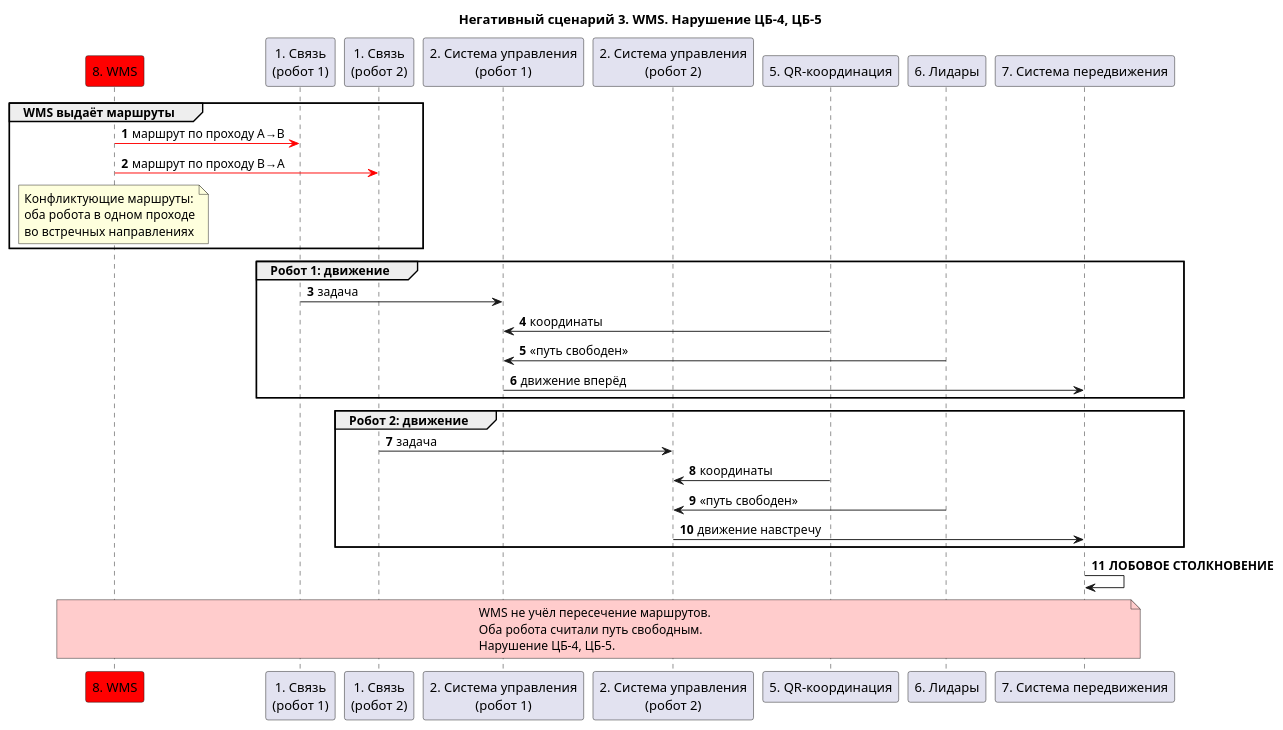
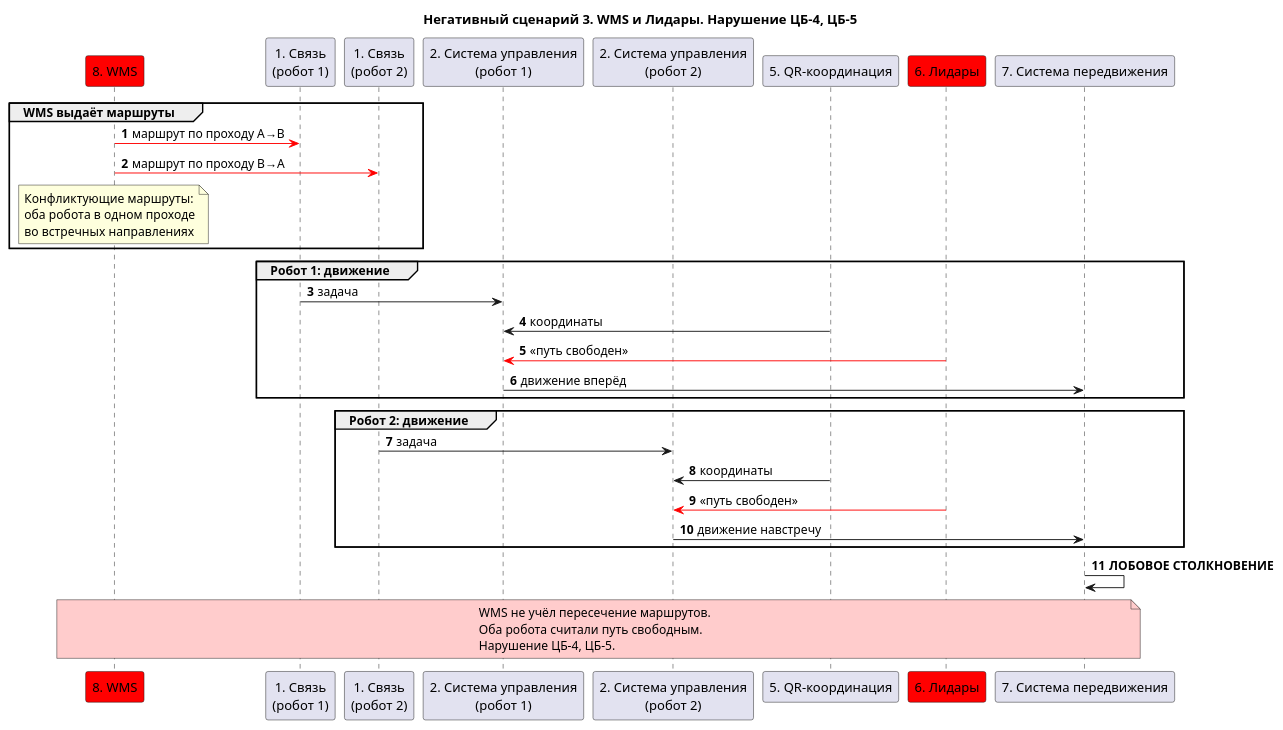
One commit to BoykovArtur/ProgrammingMethods changed the diagram in CourseWork/Description/ns/ns-03.puml. Above: the diagram before and after it, drawn with PlantUML.

```diff
--- a/CourseWork/Description/ns/ns-03.puml
+++ b/CourseWork/Description/ns/ns-03.puml
@@ -1,46 +1,45 @@
 @startuml
-title "Негативный сценарий 3. WMS. Нарушение ЦБ-4, ЦБ-5"
+title "Негативный сценарий 3. WMS и Лидары. Нарушение ЦБ-4, ЦБ-5"
 
 autonumber
 participant "8. WMS" as wms #red
 participant "1. Связь\n(робот 1)" as conn1
 participant "1. Связь\n(робот 2)" as conn2
 participant "2. Система управления\n(робот 1)" as ctrl1
 participant "2. Система управления\n(робот 2)" as ctrl2
 participant "5. QR-координация" as qr
-participant "6. Лидары" as lidar
+participant "6. Лидары" as lidar #red
 participant "7. Система передвижения" as move
 
 group WMS выдаёт маршруты
 wms -[#red]> conn1: маршрут по проходу A→B
 wms -[#red]> conn2: маршрут по проходу B→A
 note over wms
   Конфликтующие маршруты:
   оба робота в одном проходе
   во встречных направлениях
 end note
 end
 
 group Робот 1: движение
 conn1 -> ctrl1: задача
 ctrl1 <- qr: координаты
-ctrl1 <- lidar: «путь свободен»
+ctrl1 <[#red]- lidar: «путь свободен»
 ctrl1 -> move: движение вперёд
 end
 
 group Робот 2: движение
 conn2 -> ctrl2: задача
 ctrl2 <- qr: координаты
-ctrl2 <- lidar: «путь свободен»
+ctrl2 <[#red]- lidar: «путь свободен»
 ctrl2 -> move: движение навстречу
 end
 
 move -> move: **ЛОБОВОЕ СТОЛКНОВЕНИЕ**
 
 note over wms, move #FFCCCC
   WMS не учёл пересечение маршрутов.
   Оба робота считали путь свободным.
   Нарушение ЦБ-4, ЦБ-5.
 end note
-
 @enduml
```
